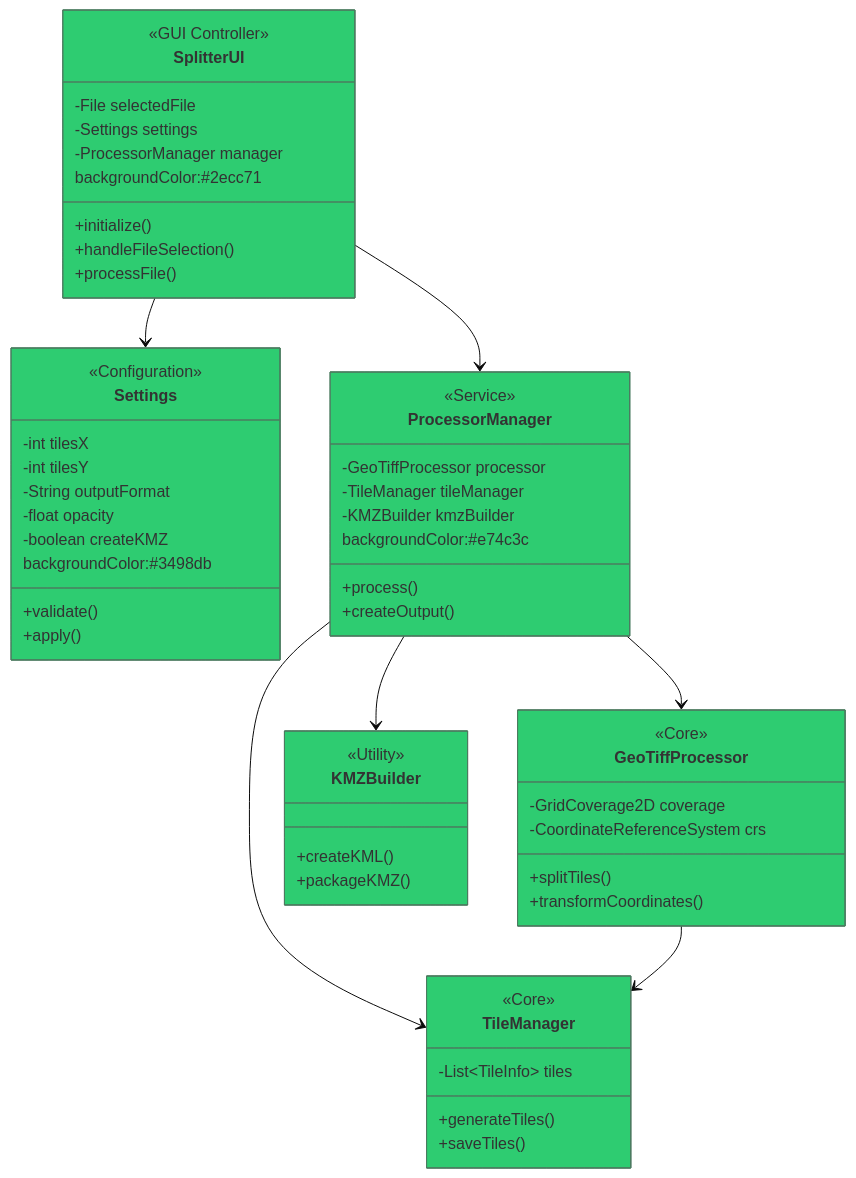
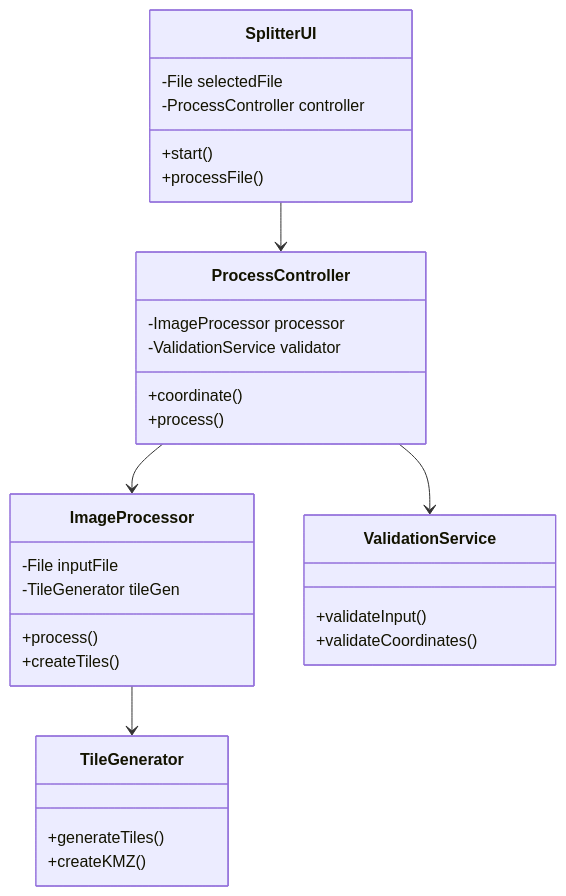
One commit to angel7544/geoTiff_Ref_2_KMZ_overlay changed the fourth of 8 diagrams in Documentation.md. Above: the diagram before and after it, drawn with Mermaid. The commit also changed other lines of this file and 3 other files, not shown here.

````diff
--- a/Documentation.md
+++ b/Documentation.md
@@ -372,73 +93,38 @@
 ```mermaid
-%%{init: {'theme': 'base', 'themeVariables': { 'primaryColor': '#2ecc71', 'secondaryColor': '#3498db'}}}%%
 classDiagram
-    direction TB
-    
     class SplitterUI {
-        <<GUI Controller>>
         -File selectedFile
-        -Settings settings
-        -ProcessorManager manager
-        +initialize()
-        +handleFileSelection()
+        -ProcessController controller
+        +start()
         +processFile()
     }
-
-    class Settings {
-        <<Configuration>>
-        -int tilesX
-        -int tilesY
-        -String outputFormat
-        -float opacity
-        -boolean createKMZ
-        +validate()
-        +apply()
+    
+    class ProcessController {
+        -ImageProcessor processor
+        -ValidationService validator
+        +coordinate()
+        +process()
     }
-
-    class ProcessorManager {
-        <<Service>>
-        -GeoTiffProcessor processor
-        -TileManager tileManager
-        -KMZBuilder kmzBuilder
+    
+    class ImageProcessor {
+        -File inputFile
+        -TileGenerator tileGen
         +process()
-        +createOutput()
+        +createTiles()
     }
-
-    class GeoTiffProcessor {
-        <<Core>>
-        -GridCoverage2D coverage
-        -CoordinateReferenceSystem crs
-        +splitTiles()
-        +transformCoordinates()
+    
+    class ValidationService {
+        +validateInput()
+        +validateCoordinates()
     }
-
-    class TileManager {
-        <<Core>>
-        -List~TileInfo~ tiles
+    
+    class TileGenerator {
         +generateTiles()
-        +saveTiles()
+        +createKMZ()
     }
-
-    class KMZBuilder {
-        <<Utility>>
-        +createKML()
-        +packageKMZ()
-    }
-
-    SplitterUI --> Settings
-    SplitterUI --> ProcessorManager
-    ProcessorManager --> GeoTiffProcessor
-    ProcessorManager --> TileManager
-    ProcessorManager --> KMZBuilder
-    GeoTiffProcessor --> TileManager
-
-    class SplitterUI {
-        backgroundColor:#2ecc71
-    }
-    class Settings {
-        backgroundColor:#3498db
-    }
-    class ProcessorManager {
-        backgroundColor:#e74c3c
-    }
+    
+    SplitterUI --> ProcessController
+    ProcessController --> ImageProcessor
+    ProcessController --> ValidationService
+    ImageProcessor --> TileGenerator
 ```
````
